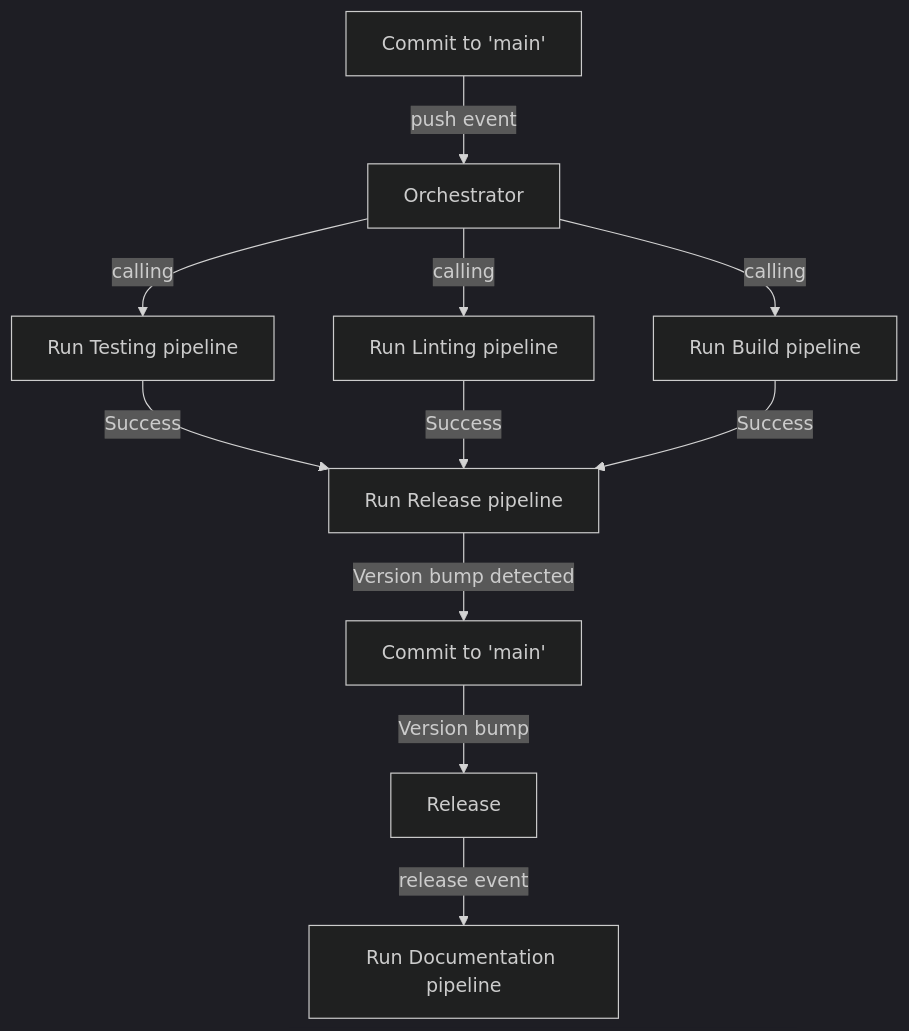
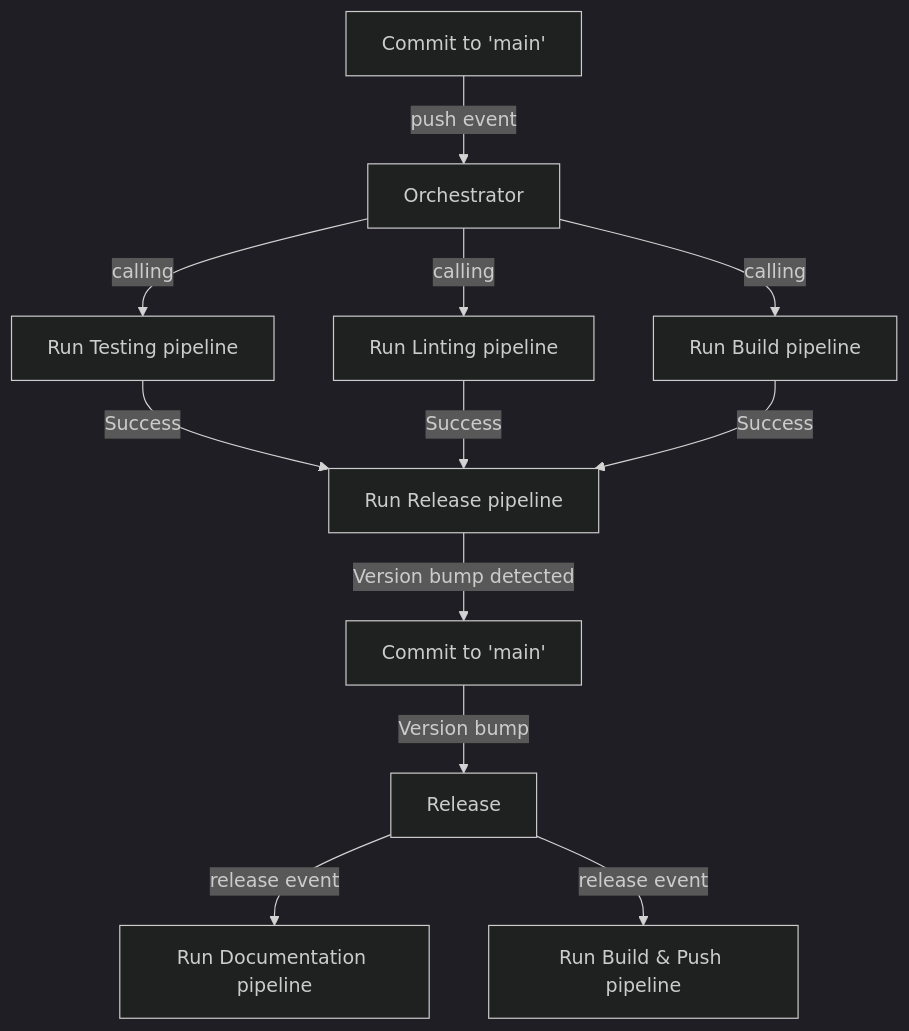
The second of 2 diagrams in README.md (johschmidt42/python-project-johannes), drawn with Mermaid (dark theme) before and after one commit. The commit also changed other lines of this file, not shown here.

Commit message:
docs: add Run Build & Push pipeline to GitHub Actions Flow & add build badge

````diff
--- a/README.md
+++ b/README.md
@@ -76,9 +77,9 @@
 ```mermaid
 flowchart
     C[Commit to 'main'] -- push event --> O[Orchestrator]
     O -- calling --> T[Run Testing pipeline] & L[Run Linting pipeline] & B[Run Build pipeline]
     T & L & B -- Success --> R[Run Release pipeline]
     R -- Version bump detected --> C2[Commit to 'main']
     C2 -- Version bump --> Release[Release]  
-    Release -- release event --> D[Run Documentation pipeline]
+    Release -- release event --> D[Run Documentation pipeline] & BP[Run Build & Push pipeline]
 ```
````
